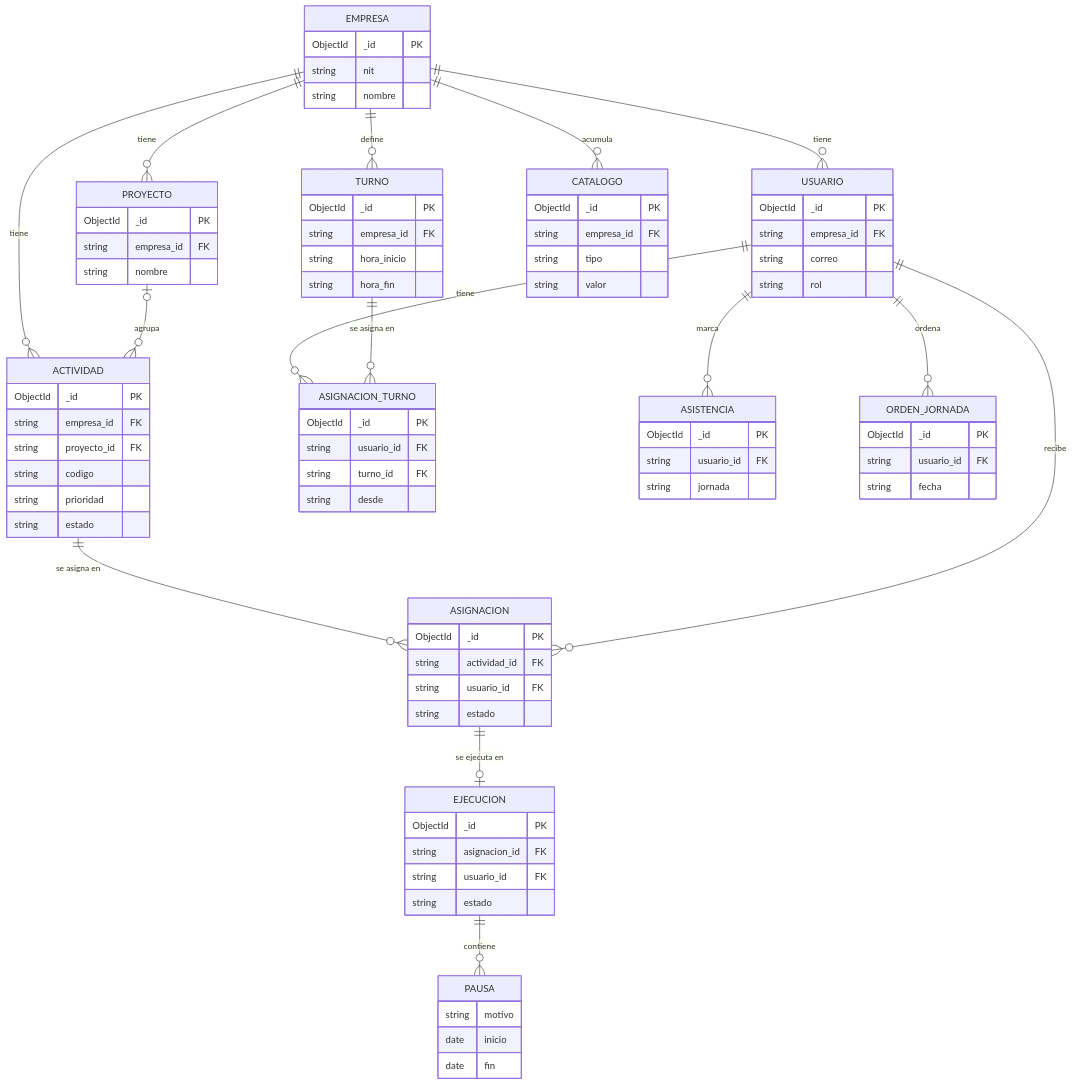
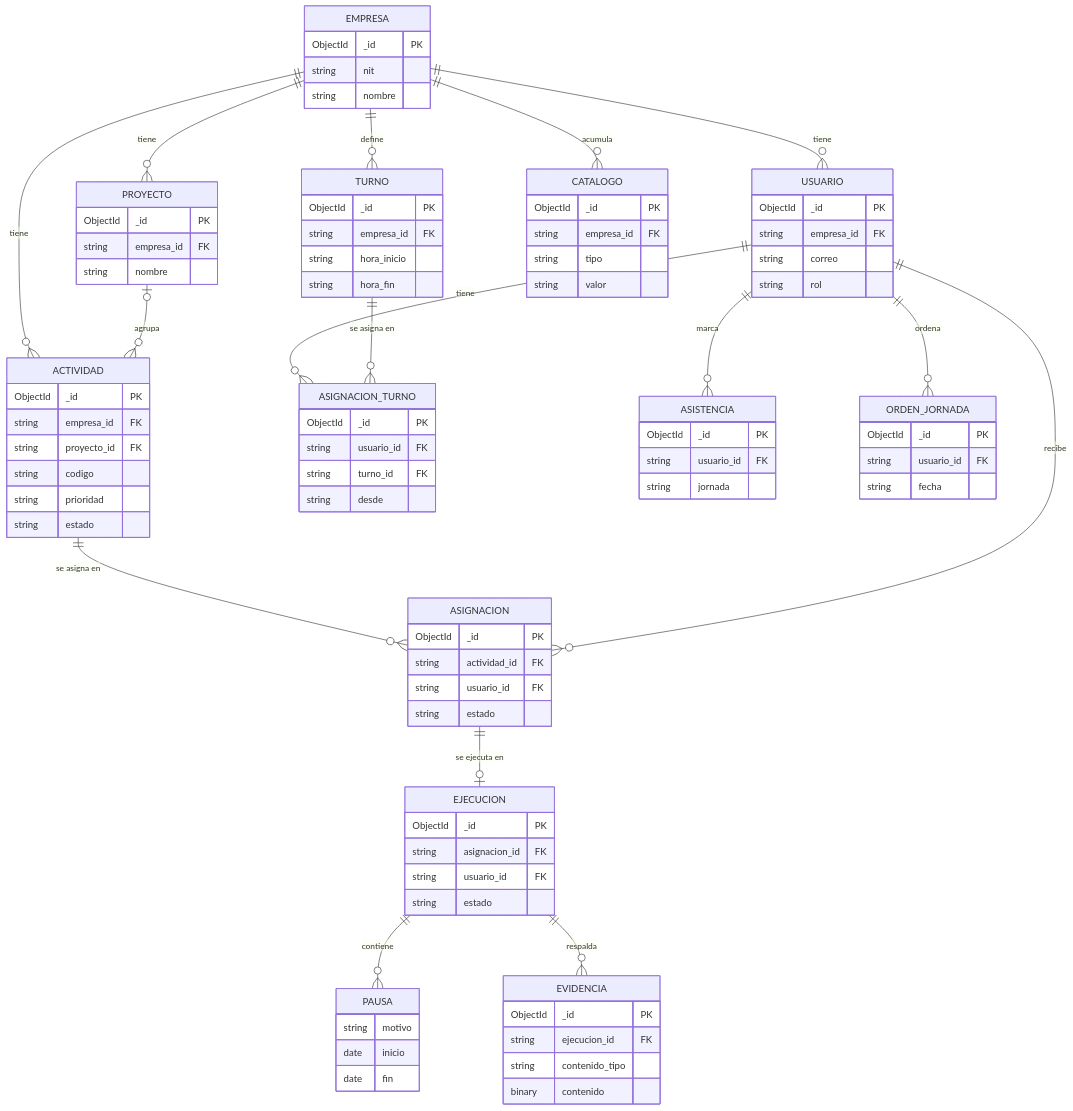
Before and after one commit to PedroGonzalez9612/TaskManager: the first of 2 diagrams in docs/diseno_orientado_objetos/momento_2/avance_momento_2.md, drawn with Mermaid. The commit also changed other lines of this file and 70 other files, not shown here.

```diff
--- a/docs/diseno_orientado_objetos/momento_2/avance_momento_2.md
+++ b/docs/diseno_orientado_objetos/momento_2/avance_momento_2.md
@@ -39,6 +39,7 @@
     USUARIO ||--o{ ASIGNACION : "recibe"
     ASIGNACION ||--o| EJECUCION : "se ejecuta en"
     EJECUCION ||--o{ PAUSA : "contiene"
+    EJECUCION ||--o{ EVIDENCIA : "respalda"
     USUARIO ||--o{ ASIGNACION_TURNO : "tiene"
     TURNO ||--o{ ASIGNACION_TURNO : "se asigna en"
     USUARIO ||--o{ ASISTENCIA : "marca"
@@ -80,6 +81,12 @@
         string usuario_id FK
         string estado
     }
+    EVIDENCIA {
+        ObjectId _id PK
+        string ejecucion_id FK
+        string contenido_tipo
+        binary contenido
+    }
     PAUSA {
         string motivo
         date inicio
```
